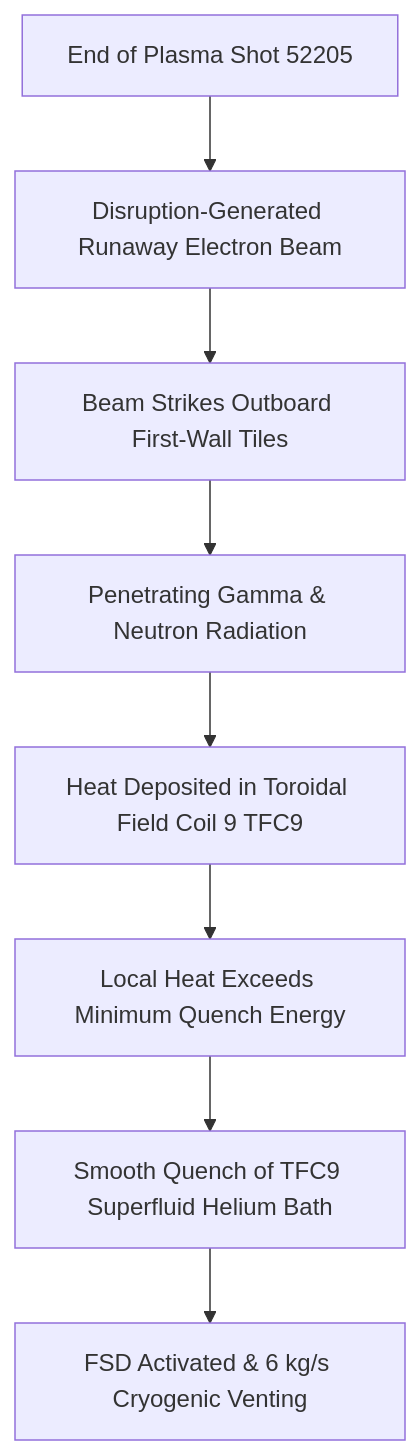
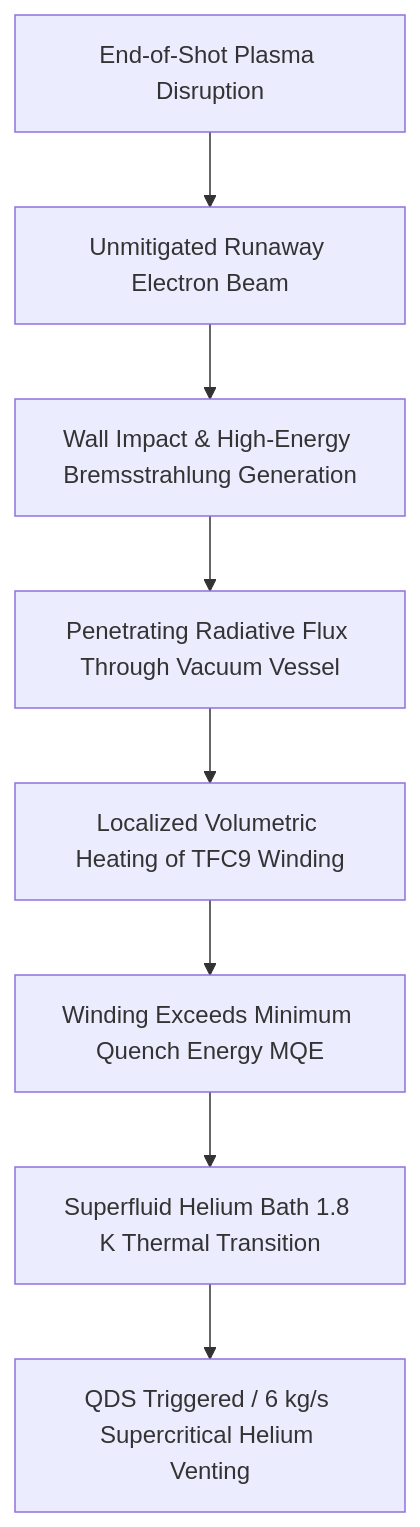
The fifth of 6 diagrams in arxiv.md (catskillsresearch/fusion_reactor_component_failures), drawn with Mermaid before and after one commit. The commit also changed other lines of this file and 13 other files, not shown here.

````diff
--- a/arxiv.md
+++ b/arxiv.md
@@ -153,10 +148,10 @@
 ```mermaid
 graph TD
-    A[End of Plasma Shot 52205] --> B[Disruption-Generated Runaway Electron Beam]
-    B --> C[Beam Strikes Outboard First-Wall Tiles]
-    C --> D[Penetrating Gamma & Neutron Radiation]
-    D --> E[Heat Deposited in Toroidal Field Coil 9 TFC9]
-    E --> F[Local Heat Exceeds Minimum Quench Energy]
-    F --> G[Smooth Quench of TFC9 Superfluid Helium Bath]
-    G --> H[FSD Activated & 6 kg/s Cryogenic Venting]
+    A[End-of-Shot Plasma Disruption] --> B[Unmitigated Runaway Electron Beam]
+    B --> C[Wall Impact & High-Energy Bremsstrahlung Generation]
+    C --> D[Penetrating Radiative Flux Through Vacuum Vessel]
+    D --> E[Localized Volumetric Heating of TFC9 Winding]
+    E --> F[Winding Exceeds Minimum Quench Energy MQE]
+    F --> G[Superfluid Helium Bath 1.8 K Thermal Transition]
+    G --> H[QDS Triggered / 6 kg/s Supercritical Helium Venting]
 ```
````
